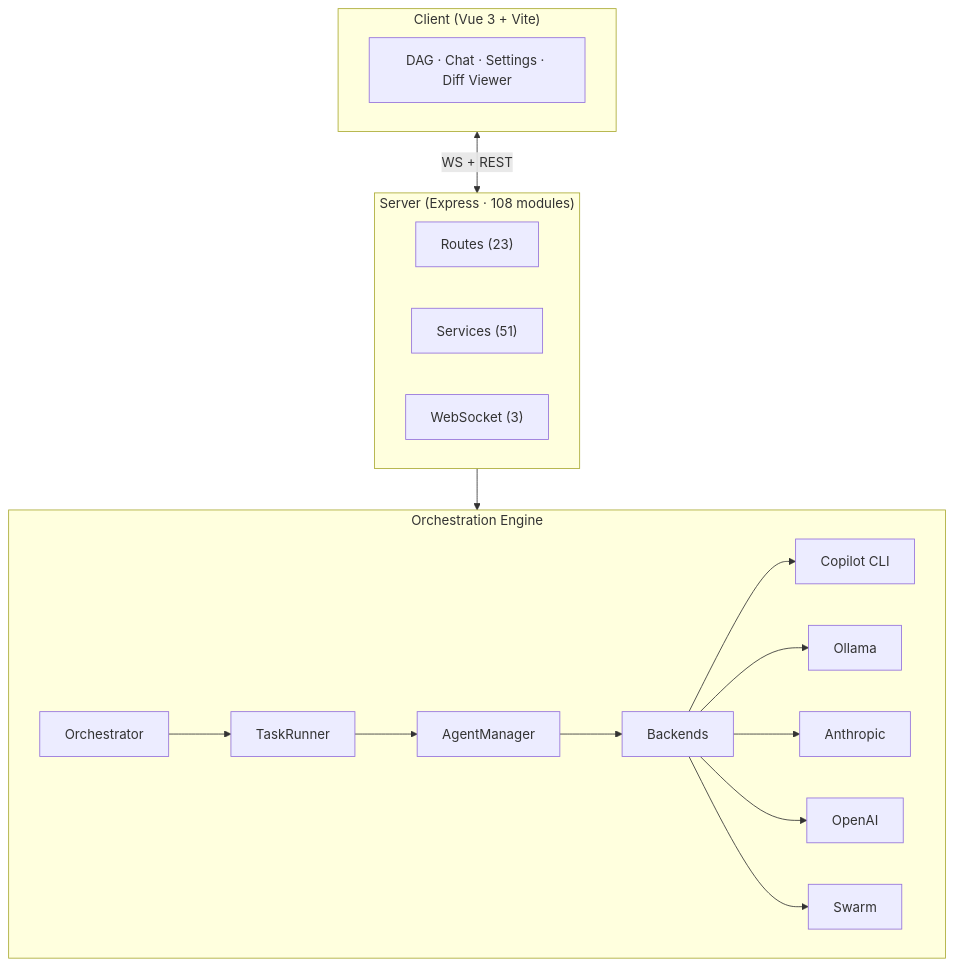
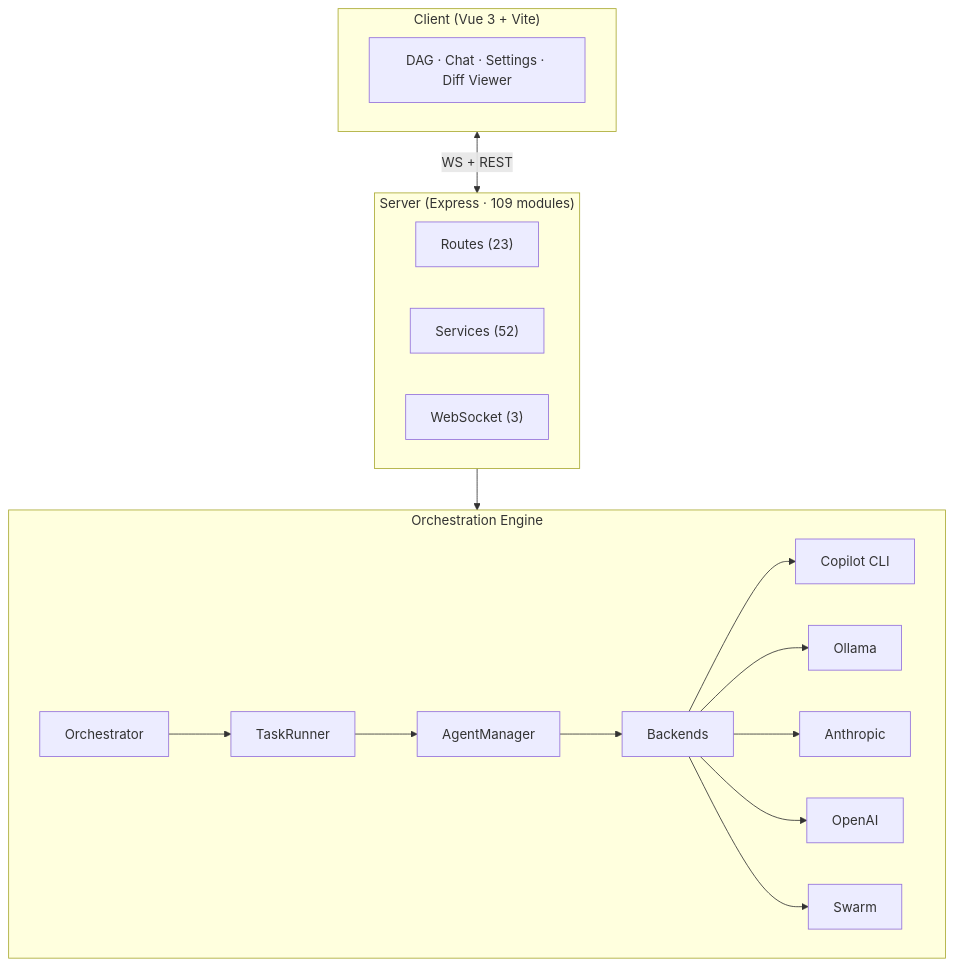
Before and after one commit to MrUnreal/hAIvemind: the third of 3 diagrams in README.md, drawn with Mermaid. The commit also changed other lines of this file and 11 other files, not shown here.

````diff
--- a/README.md
+++ b/README.md
@@ -125,27 +128,27 @@
 ```mermaid
 graph TB
   subgraph Client["Client (Vue 3 + Vite)"]
     UI["DAG · Chat · Settings · Diff Viewer"]
   end
 
-  subgraph Server["Server (Express · 108 modules)"]
+  subgraph Server["Server (Express · 109 modules)"]
     direction LR
     R["Routes (23)"]
-    S["Services (51)"]
+    S["Services (52)"]
     WS["WebSocket (3)"]
   end
 
   subgraph Engine["Orchestration Engine"]
     ORC["Orchestrator"] --> TK["TaskRunner"]
     TK --> AM["AgentManager"]
     AM --> BE["Backends"]
     BE --> CP["Copilot CLI"]
     BE --> OL["Ollama"]
     BE --> AN["Anthropic"]
     BE --> OA["OpenAI"]
     BE --> SW["Swarm"]
   end
 
   Client <-->|"WS + REST"| Server
   Server --> Engine
 ```
````
